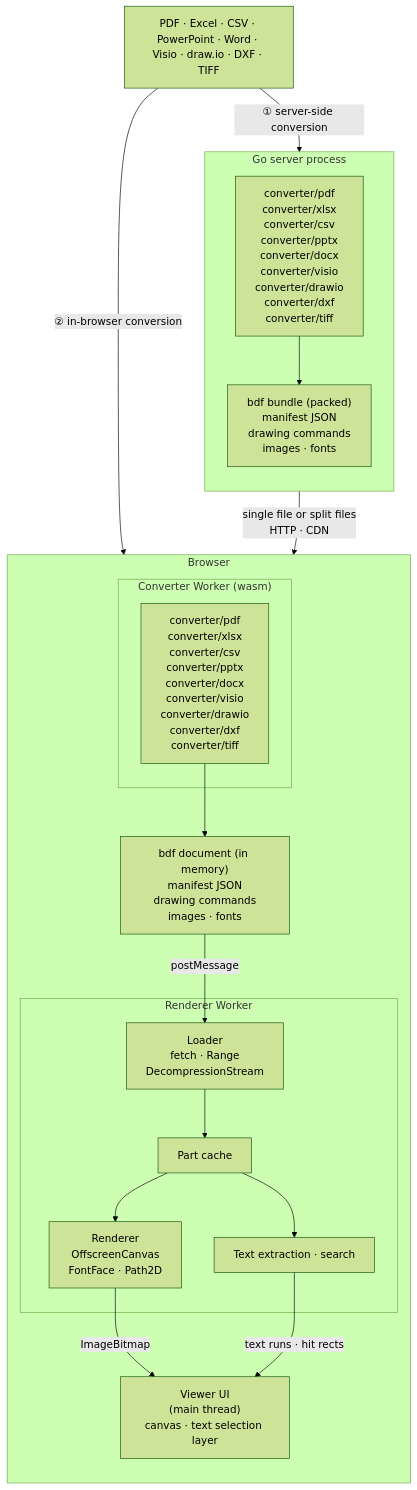
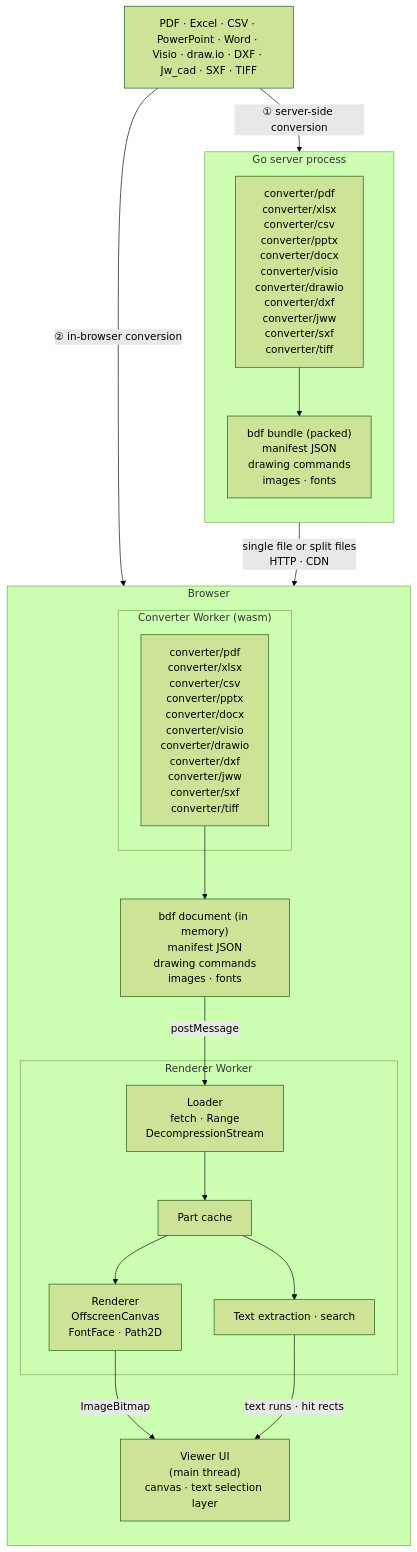
The diagram in README.md (shibukawa/bdf), drawn with Mermaid (forest theme) before and after one commit. The commit also changed other lines of this file and 51 other files, not shown here.

First line of the commit message:
Add Jw_cad (.jww) converter to BDF, with fixed-pitch and vertical text (#18)

````diff
--- a/README.md
+++ b/README.md
@@ -13,37 +13,37 @@
 ```mermaid
 flowchart TB
-    SRC["PDF · Excel · CSV · PowerPoint · Word · Visio · draw.io · DXF · TIFF"]
+    SRC["PDF · Excel · CSV · PowerPoint · Word · Visio · draw.io · DXF · Jw_cad · SXF · TIFF"]
 
     subgraph SERVER["Go server process"]
         direction TB
-        SCONV["converter/pdf<br/>converter/xlsx<br/>converter/csv<br/>converter/pptx<br/>converter/docx<br/>converter/visio<br/>converter/drawio<br/>converter/dxf<br/>converter/tiff"]
+        SCONV["converter/pdf<br/>converter/xlsx<br/>converter/csv<br/>converter/pptx<br/>converter/docx<br/>converter/visio<br/>converter/drawio<br/>converter/dxf<br/>converter/jww<br/>converter/sxf<br/>converter/tiff"]
         BUNDLE["bdf bundle (packed)<br/>manifest JSON<br/>drawing commands<br/>images · fonts"]
         SCONV --> BUNDLE
     end
 
     subgraph BROWSER["Browser"]
         direction TB
         subgraph CWORKER["Converter Worker (wasm)"]
-            WCONV["converter/pdf<br/>converter/xlsx<br/>converter/csv<br/>converter/pptx<br/>converter/docx<br/>converter/visio<br/>converter/drawio<br/>converter/dxf<br/>converter/tiff"]
+            WCONV["converter/pdf<br/>converter/xlsx<br/>converter/csv<br/>converter/pptx<br/>converter/docx<br/>converter/visio<br/>converter/drawio<br/>converter/dxf<br/>converter/jww<br/>converter/sxf<br/>converter/tiff"]
         end
         PARTS["bdf document (in memory)<br/>manifest JSON<br/>drawing commands<br/>images · fonts"]
         subgraph RWORKER["Renderer Worker"]
             LOADER["Loader<br/>fetch · Range<br/>DecompressionStream"]
             STORE["Part cache"]
             RENDER["Renderer<br/>OffscreenCanvas<br/>FontFace · Path2D"]
             TEXT["Text extraction · search"]
             LOADER --> STORE
             STORE --> RENDER
             STORE --> TEXT
         end
         UI["Viewer UI<br/>(main thread)<br/>canvas · text selection layer"]
         WCONV --> PARTS
     end
 
     SRC -- "① server-side conversion" --> SCONV
     SRC -- "② in-browser conversion" --> WCONV
     BUNDLE -- "single file or split files<br/>HTTP · CDN" --> LOADER
     PARTS -- "postMessage" --> LOADER
     RENDER -- "ImageBitmap" --> UI
     TEXT -- "text runs · hit rects" --> UI
 ```
````
